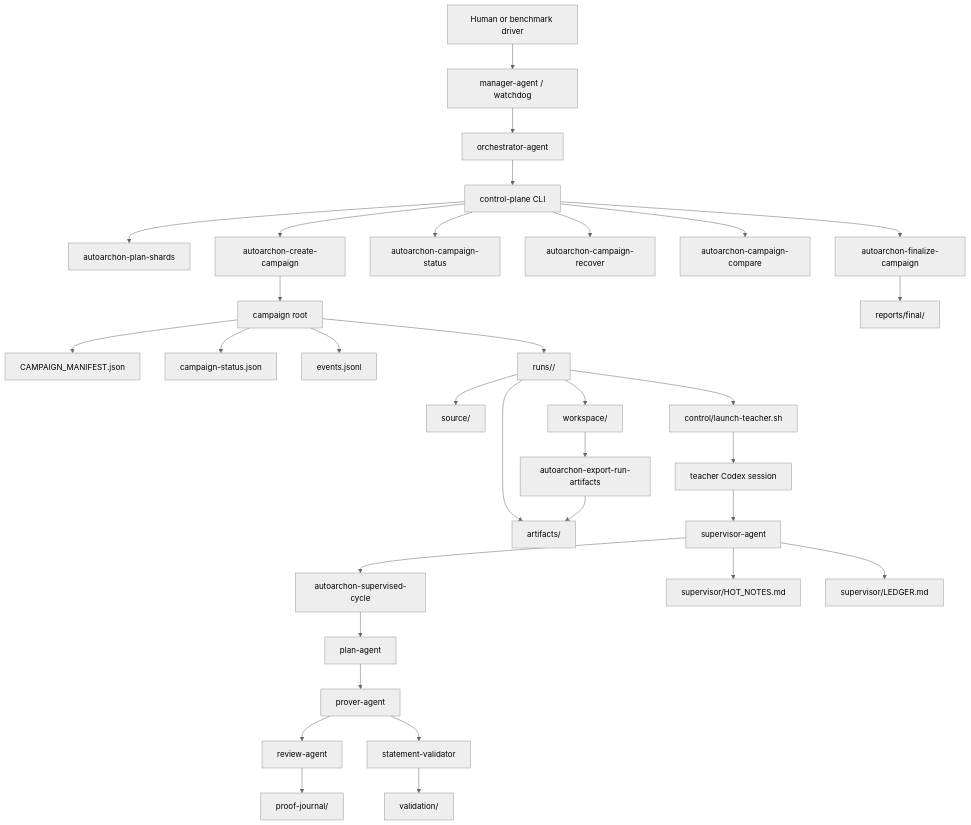
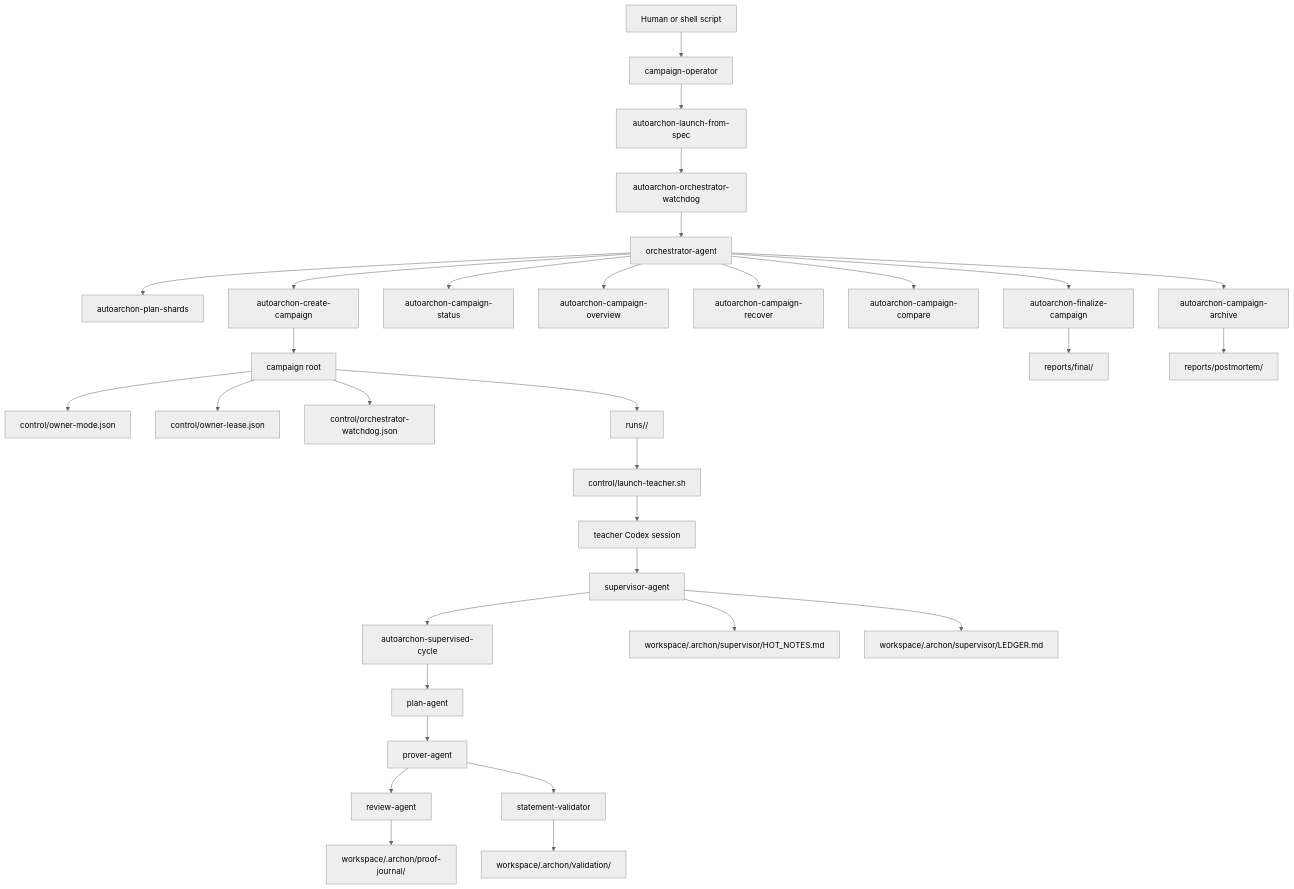
One commit to Wenbobobo/AutoArchon changed the diagram in README.md. Above: the diagram before and after it, drawn with Mermaid (neutral theme). The commit also changed other lines of this file and 40 other files, not shown here.

Commit message:
Harden control plane and add spec-driven campaign operator

````diff
--- a/README.md
+++ b/README.md
@@ -16,35 +17,34 @@
 ```mermaid
 flowchart TD
-    H[Human or benchmark driver] --> M[manager-agent / watchdog]
-    M --> O[orchestrator-agent]
-    O --> CLI[control-plane CLI]
-    CLI --> SHARDS[autoarchon-plan-shards]
-    CLI --> CREATE[autoarchon-create-campaign]
-    CLI --> STATUS[autoarchon-campaign-status]
-    CLI --> RECOVER[autoarchon-campaign-recover]
-    CLI --> COMPARE[autoarchon-campaign-compare]
-    CLI --> FINALIZE[autoarchon-finalize-campaign]
+    H[Human or shell script] --> OP[campaign-operator]
+    OP --> SPEC[autoarchon-launch-from-spec]
+    SPEC --> WD[autoarchon-orchestrator-watchdog]
+    WD --> ORCH[orchestrator-agent]
+    ORCH --> PLANSHARDS[autoarchon-plan-shards]
+    ORCH --> CREATE[autoarchon-create-campaign]
+    ORCH --> STATUS[autoarchon-campaign-status]
+    ORCH --> OVERVIEW[autoarchon-campaign-overview]
+    ORCH --> RECOVER[autoarchon-campaign-recover]
+    ORCH --> COMPARE[autoarchon-campaign-compare]
+    ORCH --> FINALIZE[autoarchon-finalize-campaign]
+    ORCH --> ARCHIVE[autoarchon-campaign-archive]
     CREATE --> CAMP[campaign root]
-    CAMP --> CM[CAMPAIGN_MANIFEST.json]
-    CAMP --> CS[campaign-status.json]
-    CAMP --> EV[events.jsonl]
+    CAMP --> OWNER[control/owner-mode.json]
+    CAMP --> LEASE[control/owner-lease.json]
+    CAMP --> WATCHDOG[control/orchestrator-watchdog.json]
     CAMP --> RUNS[runs/<id>/]
-    RUNS --> SRC[source/]
-    RUNS --> WS[workspace/]
-    RUNS --> ART[artifacts/]
     RUNS --> CTRL[control/launch-teacher.sh]
-    CTRL --> T[teacher Codex session]
-    T --> S[supervisor-agent]
-    S --> CYCLE[autoarchon-supervised-cycle]
+    CTRL --> TEACHER[teacher Codex session]
+    TEACHER --> SUP[supervisor-agent]
+    SUP --> CYCLE[autoarchon-supervised-cycle]
     CYCLE --> PLAN[plan-agent]
     PLAN --> PROVER[prover-agent]
     PROVER --> REVIEW[review-agent]
-    PROVER --> STMT[statement-validator]
-    STMT --> VAL[validation/]
-    REVIEW --> JOURNAL[proof-journal/]
-    S --> HOT[supervisor/HOT_NOTES.md]
-    S --> LEDGER[supervisor/LEDGER.md]
-    WS --> EXPORT[autoarchon-export-run-artifacts]
-    EXPORT --> ART
+    PROVER --> VALIDATOR[statement-validator]
+    VALIDATOR --> VAL[workspace/.archon/validation/]
+    REVIEW --> JOURNAL[workspace/.archon/proof-journal/]
+    SUP --> HOT[workspace/.archon/supervisor/HOT_NOTES.md]
+    SUP --> LEDGER[workspace/.archon/supervisor/LEDGER.md]
     FINALIZE --> FINAL[reports/final/]
+    ARCHIVE --> POST[reports/postmortem/]
 ```
````
